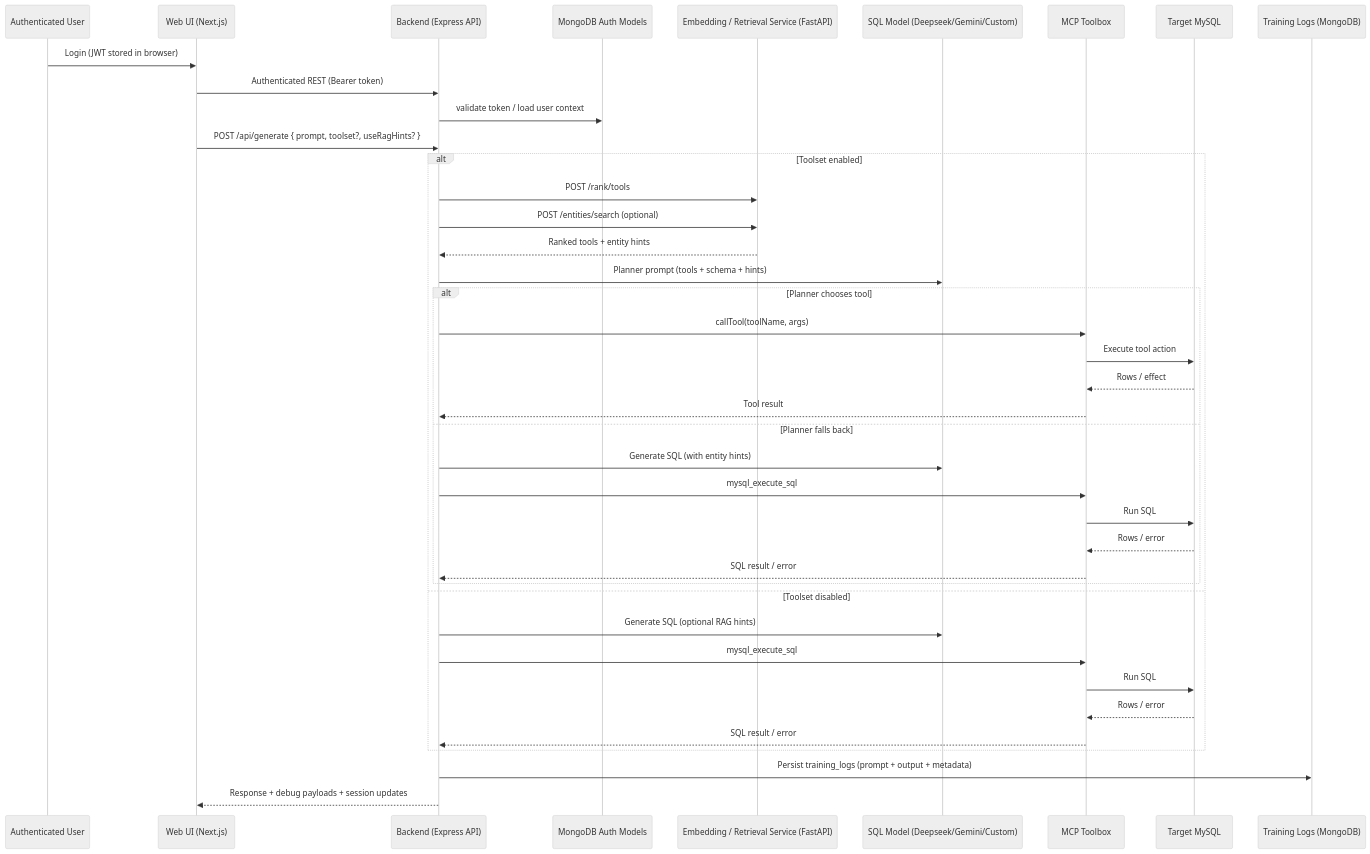
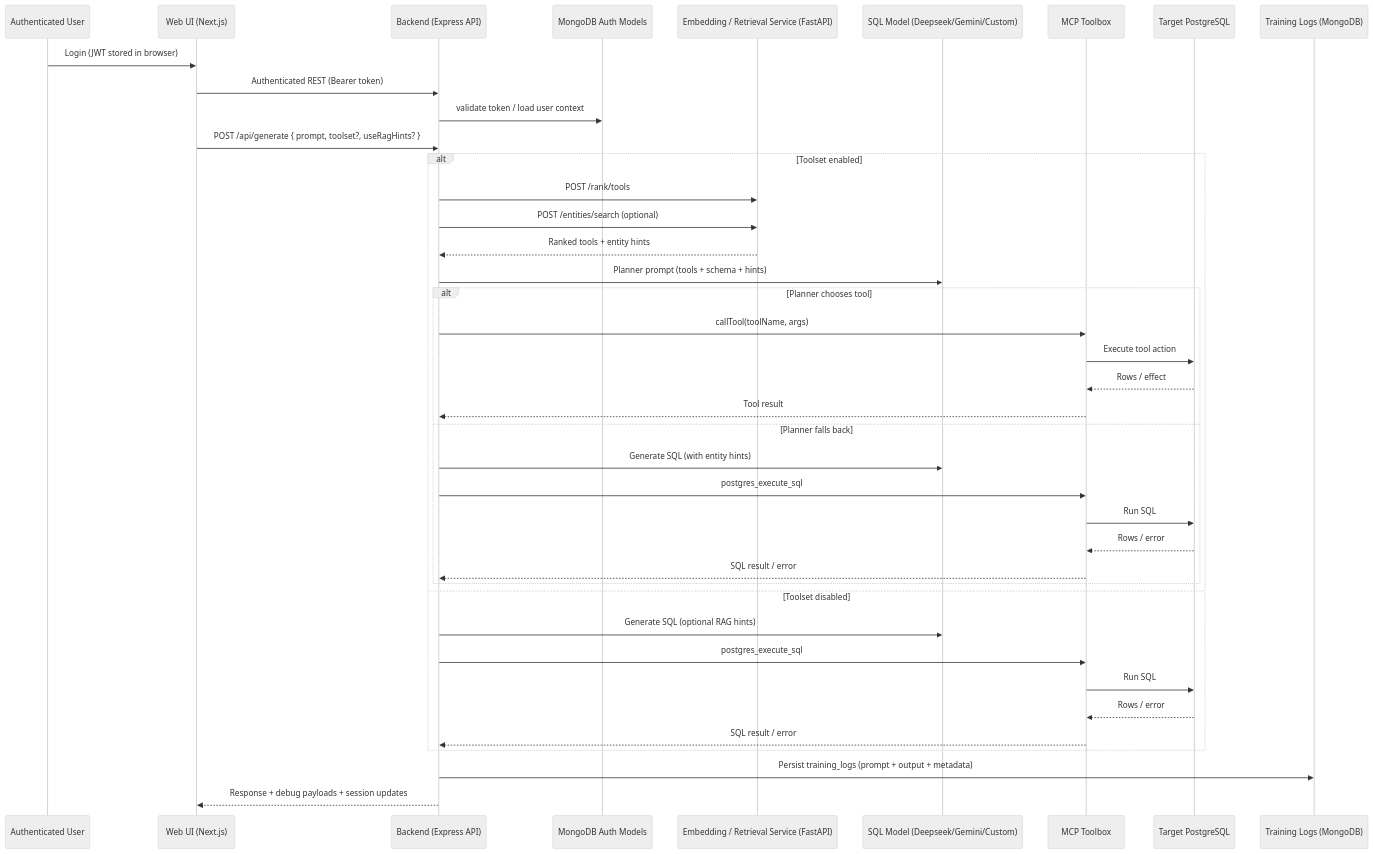
One commit to afurgapil/mcp-agent-demo changed the diagram in README.md. Above: the diagram before and after it, drawn with Mermaid (neutral theme). The commit also changed other lines of this file and 15 other files, not shown here.

````diff
--- a/README.md
+++ b/README.md
@@ -28,46 +34,46 @@
 ```mermaid
 sequenceDiagram
     participant User as Authenticated User
     participant UI as Web UI (Next.js)
     participant BE as Backend (Express API)
     participant Auth as MongoDB Auth Models
     participant Embed as Embedding / Retrieval Service (FastAPI)
     participant LLM as SQL Model (Deepseek/Gemini/Custom)
     participant MCP as MCP Toolbox
-    participant DB as Target MySQL
+    participant DB as Target PostgreSQL
     participant Mongo as Training Logs (MongoDB)
 
     User->>UI: Login (JWT stored in browser)
     UI->>BE: Authenticated REST (Bearer token)
     BE->>Auth: validate token / load user context
 
     UI->>BE: POST /api/generate { prompt, toolset?, useRagHints? }
     alt Toolset enabled
         BE->>Embed: POST /rank/tools
         BE->>Embed: POST /entities/search (optional)
         Embed-->>BE: Ranked tools + entity hints
         BE->>LLM: Planner prompt (tools + schema + hints)
 
         alt Planner chooses tool
             BE->>MCP: callTool(toolName, args)
             MCP->>DB: Execute tool action
             DB-->>MCP: Rows / effect
             MCP-->>BE: Tool result
         else Planner falls back
             BE->>LLM: Generate SQL (with entity hints)
-            BE->>MCP: mysql_execute_sql
+            BE->>MCP: postgres_execute_sql
             MCP->>DB: Run SQL
             DB-->>MCP: Rows / error
             MCP-->>BE: SQL result / error
         end
     else Toolset disabled
         BE->>LLM: Generate SQL (optional RAG hints)
-        BE->>MCP: mysql_execute_sql
+        BE->>MCP: postgres_execute_sql
         MCP->>DB: Run SQL
         DB-->>MCP: Rows / error
         MCP-->>BE: SQL result / error
     end
 
     BE->>Mongo: Persist training_logs (prompt + output + metadata)
     BE-->>UI: Response + debug payloads + session updates
 ```
````
